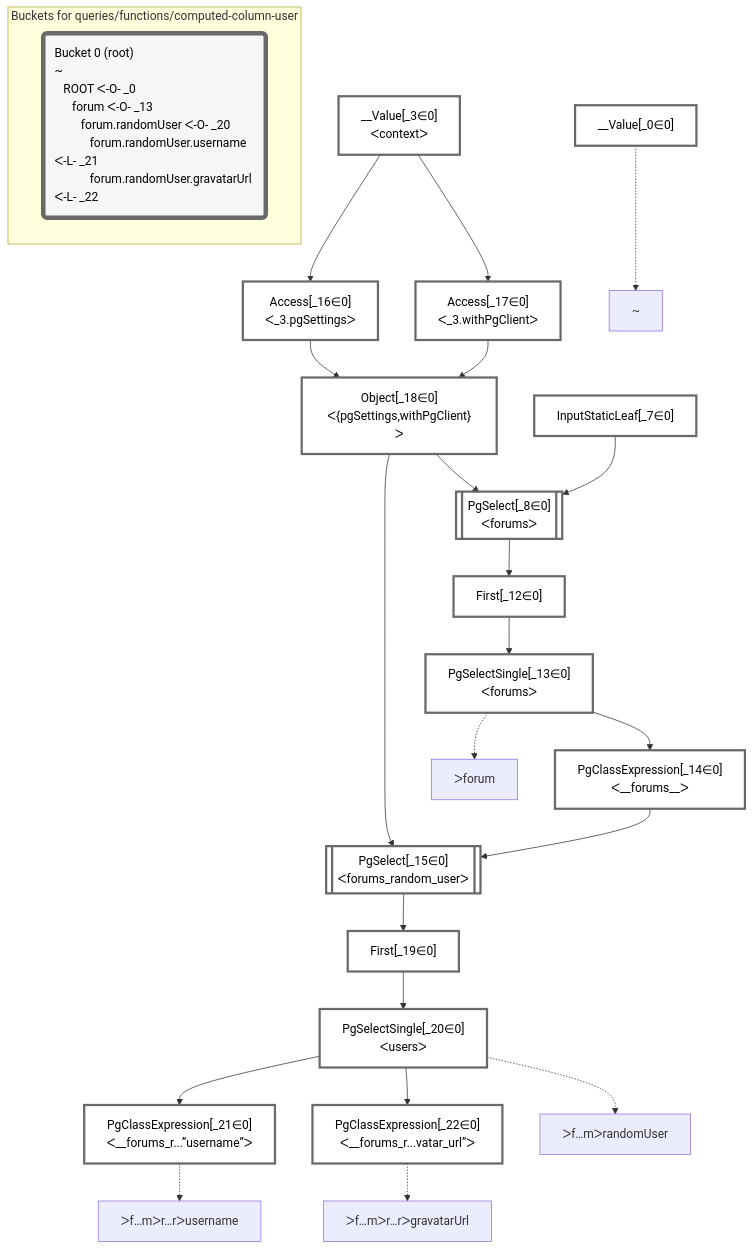
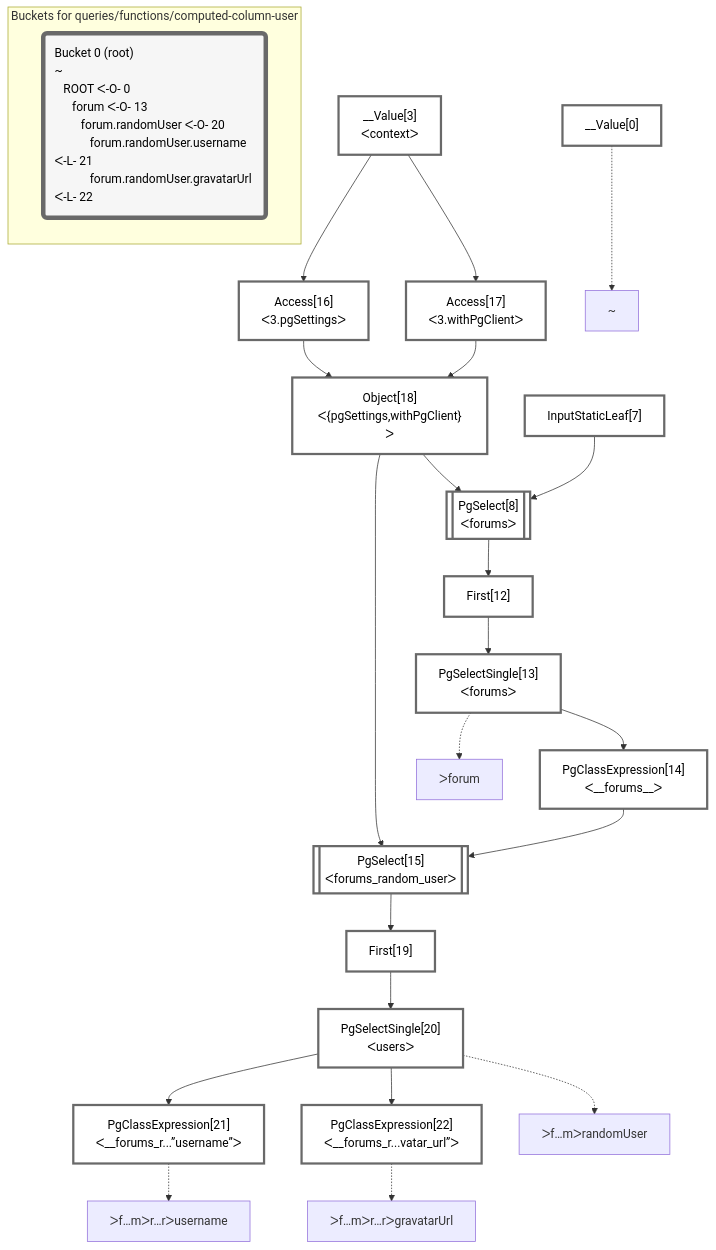
The diagram in packages/dataplan-pg/__tests__/queries/functions/computed-column-user.deopt.mermaid.md (graphile/crystal), drawn with Mermaid before and after one commit. The commit also changed 195 other files, not shown here.

````diff
--- a/packages/dataplan-pg/__tests__/queries/functions/computed-column-user.deopt.mermaid.md
+++ b/packages/dataplan-pg/__tests__/queries/functions/computed-column-user.deopt.mermaid.md
@@ -1,58 +1,58 @@
 ```mermaid
 graph TD
     classDef path fill:#eee,stroke:#000,color:#000
     classDef plan fill:#fff,stroke-width:3px,color:#000
     classDef itemplan fill:#fff,stroke-width:6px,color:#000
     classDef sideeffectplan fill:#f00,stroke-width:6px,color:#000
     classDef bucket fill:#f6f6f6,color:#000,stroke-width:6px,text-align:left
 
 
     %% define plans
-    __Value_0["__Value[_0∈0]"]:::plan
-    PgClassExpression_21["PgClassExpression[_21∈0]<br />ᐸ__forums_r...”username”ᐳ"]:::plan
-    PgClassExpression_22["PgClassExpression[_22∈0]<br />ᐸ__forums_r...vatar_url”ᐳ"]:::plan
-    PgSelectSingle_20["PgSelectSingle[_20∈0]<br />ᐸusersᐳ"]:::plan
-    First_19["First[_19∈0]"]:::plan
-    PgSelect_15[["PgSelect[_15∈0]<br />ᐸforums_random_userᐳ"]]:::plan
-    PgClassExpression_14["PgClassExpression[_14∈0]<br />ᐸ__forums__ᐳ"]:::plan
-    PgSelectSingle_13["PgSelectSingle[_13∈0]<br />ᐸforumsᐳ"]:::plan
-    First_12["First[_12∈0]"]:::plan
-    PgSelect_8[["PgSelect[_8∈0]<br />ᐸforumsᐳ"]]:::plan
-    Object_18["Object[_18∈0]<br />ᐸ{pgSettings,withPgClient}ᐳ"]:::plan
-    Access_16["Access[_16∈0]<br />ᐸ_3.pgSettingsᐳ"]:::plan
-    Access_17["Access[_17∈0]<br />ᐸ_3.withPgClientᐳ"]:::plan
-    __Value_3["__Value[_3∈0]<br />ᐸcontextᐳ"]:::plan
-    InputStaticLeaf_7["InputStaticLeaf[_7∈0]"]:::plan
+    __Value0["__Value[0]"]:::plan
+    PgClassExpression21["PgClassExpression[21]<br />ᐸ__forums_r...”username”ᐳ"]:::plan
+    PgClassExpression22["PgClassExpression[22]<br />ᐸ__forums_r...vatar_url”ᐳ"]:::plan
+    PgSelectSingle20["PgSelectSingle[20]<br />ᐸusersᐳ"]:::plan
+    First19["First[19]"]:::plan
+    PgSelect15[["PgSelect[15]<br />ᐸforums_random_userᐳ"]]:::plan
+    PgClassExpression14["PgClassExpression[14]<br />ᐸ__forums__ᐳ"]:::plan
+    PgSelectSingle13["PgSelectSingle[13]<br />ᐸforumsᐳ"]:::plan
+    First12["First[12]"]:::plan
+    PgSelect8[["PgSelect[8]<br />ᐸforumsᐳ"]]:::plan
+    Object18["Object[18]<br />ᐸ{pgSettings,withPgClient}ᐳ"]:::plan
+    Access16["Access[16]<br />ᐸ3.pgSettingsᐳ"]:::plan
+    Access17["Access[17]<br />ᐸ3.withPgClientᐳ"]:::plan
+    __Value3["__Value[3]<br />ᐸcontextᐳ"]:::plan
+    InputStaticLeaf7["InputStaticLeaf[7]"]:::plan
 
     %% plan dependencies
-    PgSelectSingle_20 --> PgClassExpression_21
-    PgSelectSingle_20 --> PgClassExpression_22
-    First_19 --> PgSelectSingle_20
-    PgSelect_15 --> First_19
-    Object_18 & PgClassExpression_14 --> PgSelect_15
-    PgSelectSingle_13 --> PgClassExpression_14
-    First_12 --> PgSelectSingle_13
-    PgSelect_8 --> First_12
-    Object_18 & InputStaticLeaf_7 --> PgSelect_8
-    Access_16 & Access_17 --> Object_18
-    __Value_3 --> Access_16
-    __Value_3 --> Access_17
+    PgSelectSingle20 --> PgClassExpression21
+    PgSelectSingle20 --> PgClassExpression22
+    First19 --> PgSelectSingle20
+    PgSelect15 --> First19
+    Object18 & PgClassExpression14 --> PgSelect15
+    PgSelectSingle13 --> PgClassExpression14
+    First12 --> PgSelectSingle13
+    PgSelect8 --> First12
+    Object18 & InputStaticLeaf7 --> PgSelect8
+    Access16 & Access17 --> Object18
+    __Value3 --> Access16
+    __Value3 --> Access17
 
     %% plan-to-path relationships
-    P_0["~"]
-    __Value_0 -.-> P_0
-    P_13["ᐳforum"]
-    PgSelectSingle_13 -.-> P_13
-    P_20["ᐳf…mᐳrandomUser"]
-    PgSelectSingle_20 -.-> P_20
-    P_21["ᐳf…mᐳr…rᐳusername"]
-    PgClassExpression_21 -.-> P_21
-    P_22["ᐳf…mᐳr…rᐳgravatarUrl"]
-    PgClassExpression_22 -.-> P_22
+    P0["~"]
+    __Value0 -.-> P0
+    P13["ᐳforum"]
+    PgSelectSingle13 -.-> P13
+    P20["ᐳf…mᐳrandomUser"]
+    PgSelectSingle20 -.-> P20
+    P21["ᐳf…mᐳr…rᐳusername"]
+    PgClassExpression21 -.-> P21
+    P22["ᐳf…mᐳr…rᐳgravatarUrl"]
+    PgClassExpression22 -.-> P22
 
     subgraph "Buckets for queries/functions/computed-column-user"
-    Bucket0("Bucket 0 (root)<br />~<br />⠀ROOT ᐸ-O- _0<br />⠀⠀forum ᐸ-O- _13<br />⠀⠀⠀forum.randomUser ᐸ-O- _20<br />⠀⠀⠀⠀forum.randomUser.username ᐸ-L- _21<br />⠀⠀⠀⠀forum.randomUser.gravatarUrl ᐸ-L- _22"):::bucket
+    Bucket0("Bucket 0 (root)<br />~<br />⠀ROOT ᐸ-O- 0<br />⠀⠀forum ᐸ-O- 13<br />⠀⠀⠀forum.randomUser ᐸ-O- 20<br />⠀⠀⠀⠀forum.randomUser.username ᐸ-L- 21<br />⠀⠀⠀⠀forum.randomUser.gravatarUrl ᐸ-L- 22"):::bucket
     classDef bucket0 stroke:#696969
-    class Bucket0,__Value_0,__Value_3,InputStaticLeaf_7,PgSelect_8,First_12,PgSelectSingle_13,PgClassExpression_14,PgSelect_15,Access_16,Access_17,Object_18,First_19,PgSelectSingle_20,PgClassExpression_21,PgClassExpression_22 bucket0
+    class Bucket0,__Value0,__Value3,InputStaticLeaf7,PgSelect8,First12,PgSelectSingle13,PgClassExpression14,PgSelect15,Access16,Access17,Object18,First19,PgSelectSingle20,PgClassExpression21,PgClassExpression22 bucket0
     end
 ```
````
